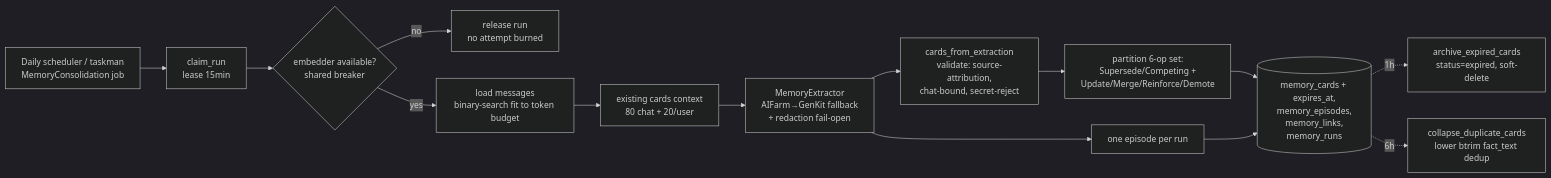
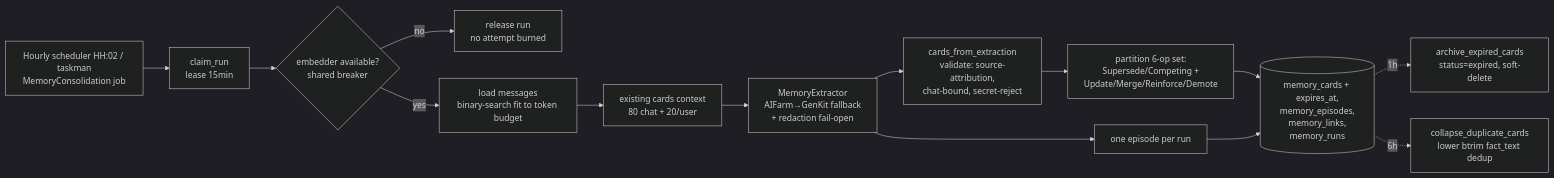
One commit to iamwavecut/openplotva changed the sixth of 6 diagrams in docs/CODEBASE_MAP.md. Above: the diagram before and after it, drawn with Mermaid (dark theme). The commit also changed other lines of this file and 7 other files, not shown here.

Commit message:
Enqueue memory runs hourly as chat hours complete

````diff
--- a/docs/CODEBASE_MAP.md
+++ b/docs/CODEBASE_MAP.md
@@ -634,16 +634,16 @@
 ```mermaid
 flowchart LR
-    Sched[Daily scheduler / taskman<br/>MemoryConsolidation job] --> Claim[claim_run<br/>lease 15min]
+    Sched[Hourly scheduler HH:02 / taskman<br/>MemoryConsolidation job] --> Claim[claim_run<br/>lease 15min]
     Claim --> Gate{embedder available?<br/>shared breaker}
     Gate -- no --> Release[release run<br/>no attempt burned]
     Gate -- yes --> Load[load messages<br/>binary-search fit to token budget]
     Load --> Existing[existing cards context<br/>80 chat + 20/user]
     Existing --> Extract[MemoryExtractor<br/>AIFarm→GenKit fallback<br/>+ redaction fail-open]
     Extract --> Cards[cards_from_extraction<br/>validate: source-attribution,<br/>chat-bound, secret-reject]
     Cards --> Resolve[partition 6-op set:<br/>Supersede/Competing +<br/>Update/Merge/Reinforce/Demote]
     Resolve --> Write[(memory_cards + expires_at,<br/>memory_episodes,<br/>memory_links,<br/>memory_runs)]
     Extract --> Ep[one episode per run]
     Ep --> Write
     Write -.1h.-> Archival[archive_expired_cards<br/>status=expired, soft-delete]
     Write -.6h.-> Collapse[collapse_duplicate_cards<br/>lower btrim fact_text dedup]
 ```
````
